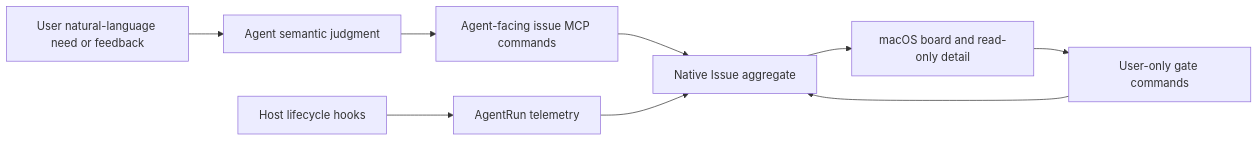
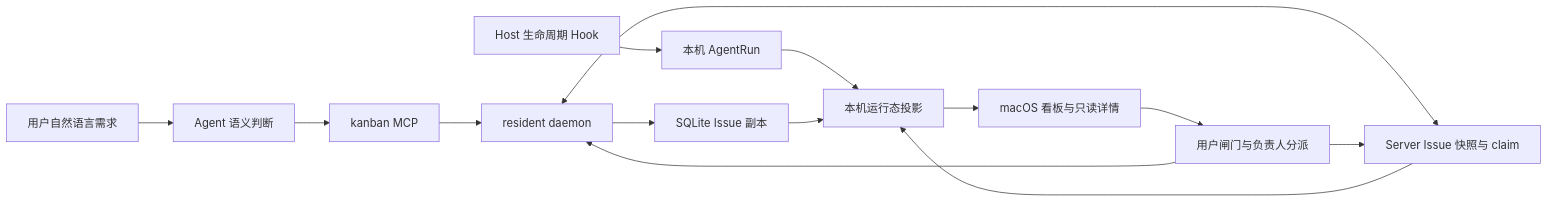
Before and after one commit to dylanwangeth/clumsies: the diagram in docs/issue-board-design.md, drawn with Mermaid. The commit also changed other lines of this file and 42 other files, not shown here.

````diff
--- a/docs/issue-board-design.md
+++ b/docs/issue-board-design.md
@@ -5,11 +9,16 @@
 ```mermaid
 flowchart LR
-    U["User natural-language need or feedback"] --> A["Agent semantic judgment"]
-    H["Host lifecycle hooks"] --> R["AgentRun telemetry"]
-    A --> M["Agent-facing issue MCP commands"]
-    M --> I["Native Issue aggregate"]
-    R --> I
-    I --> B["macOS board and read-only detail"]
-    B --> G["User-only gate commands"]
-    G --> I
+    U["用户自然语言需求"] --> A["Agent 语义判断"]
+    H["Host 生命周期 Hook"] --> R["本机 AgentRun"]
+    A --> M["kanban MCP"]
+    M --> D["resident daemon"]
+    D --> L["SQLite Issue 副本"]
+    D <--> S["Server Issue 快照与 claim"]
+    R --> P["本机运行态投影"]
+    L --> P
+    S --> P
+    P --> B["macOS 看板与只读详情"]
+    B --> G["用户闸门与负责人分派"]
+    G --> D
+    G --> S
 ```
````
